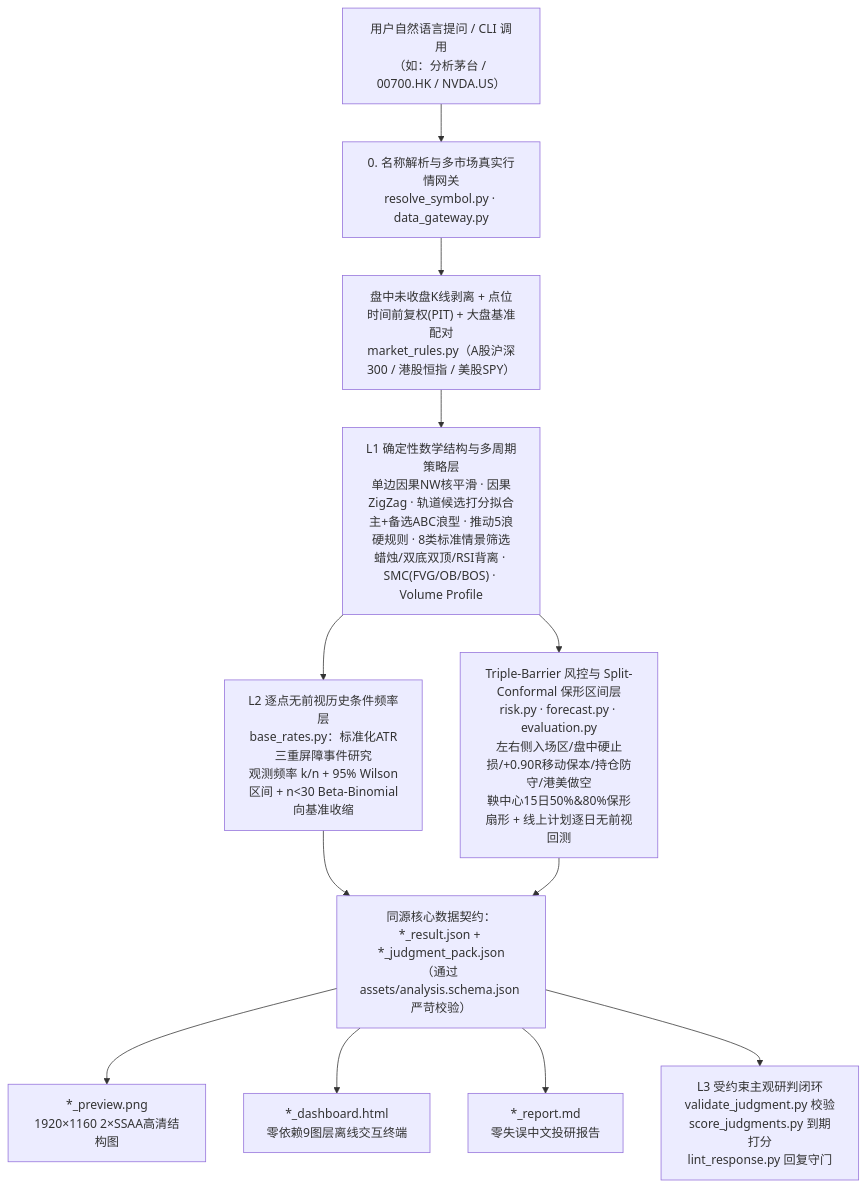
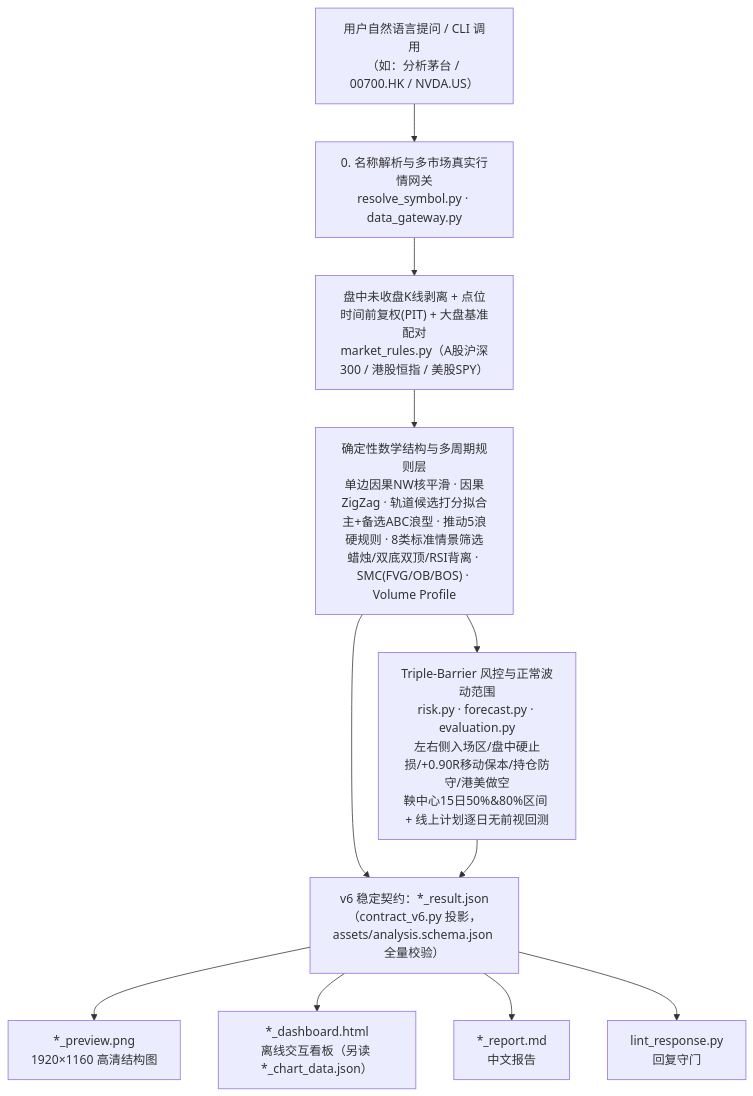
One commit to xiongcp/stock-skill changed the diagram in README.md. Above: the diagram before and after it, drawn with Mermaid. The commit also changed other lines of this file and 17 other files, not shown here.

````diff
--- a/README.md
+++ b/README.md
@@ -20,14 +20,13 @@
 ```mermaid
 flowchart TD
     A["用户自然语言提问 / CLI 调用<br/>（如：分析茅台 / 00700.HK / NVDA.US）"] --> B["0. 名称解析与多市场真实行情网关<br/>resolve_symbol.py · data_gateway.py"]
     B --> C["盘中未收盘K线剥离 + 点位时间前复权(PIT) + 大盘基准配对<br/>market_rules.py（A股沪深300 / 港股恒指 / 美股SPY）"]
-    C --> D["L1 确定性数学结构与多周期策略层<br/>单边因果NW核平滑 · 因果ZigZag · 轨道候选打分拟合<br/>主+备选ABC浪型 · 推动5浪硬规则 · 8类标准情景筛选<br/>蜡烛/双底双顶/RSI背离 · SMC(FVG/OB/BOS) · Volume Profile"]
-    D --> E["L2 逐点无前视历史条件频率层<br/>base_rates.py：标准化ATR三重屏障事件研究<br/>观测频率 k/n + 95% Wilson区间 + n&lt;30 Beta-Binomial向基准收缩"]
-    D --> F["Triple-Barrier 风控与 Split-Conformal 保形区间层<br/>risk.py · forecast.py · evaluation.py<br/>左右侧入场区/盘中硬止损/+0.90R移动保本/持仓防守/港美做空<br/>鞅中心15日50%&amp;80%保形扇形 + 线上计划逐日无前视回测"]
-    E --> G["同源核心数据契约：*_result.json + *_judgment_pack.json<br/>（通过 assets/analysis.schema.json 严苛校验）"]
+    C --> D["确定性数学结构与多周期规则层<br/>单边因果NW核平滑 · 因果ZigZag · 轨道候选打分拟合<br/>主+备选ABC浪型 · 推动5浪硬规则 · 8类标准情景筛选<br/>蜡烛/双底双顶/RSI背离 · SMC(FVG/OB/BOS) · Volume Profile"]
+    D --> F["Triple-Barrier 风控与正常波动范围<br/>risk.py · forecast.py · evaluation.py<br/>左右侧入场区/盘中硬止损/+0.90R移动保本/持仓防守/港美做空<br/>鞅中心15日50%&amp;80%区间 + 线上计划逐日无前视回测"]
+    D --> G["v6 稳定契约：*_result.json<br/>（contract_v6.py 投影，assets/analysis.schema.json 全量校验）"]
     F --> G
-    G --> H1["*_preview.png<br/>1920×1160 2×SSAA高清结构图"]
-    G --> H2["*_dashboard.html<br/>零依赖9图层离线交互终端"]
-    G --> H3["*_report.md<br/>零失误中文投研报告"]
-    G --> H4["L3 受约束主观研判闭环<br/>validate_judgment.py 校验<br/>score_judgments.py 到期打分<br/>lint_response.py 回复守门"]
+    G --> H1["*_preview.png<br/>1920×1160 高清结构图"]
+    G --> H2["*_dashboard.html<br/>离线交互看板（另读 *_chart_data.json）"]
+    G --> H3["*_report.md<br/>中文报告"]
+    G --> H4["lint_response.py<br/>回复守门"]
 ```
````
